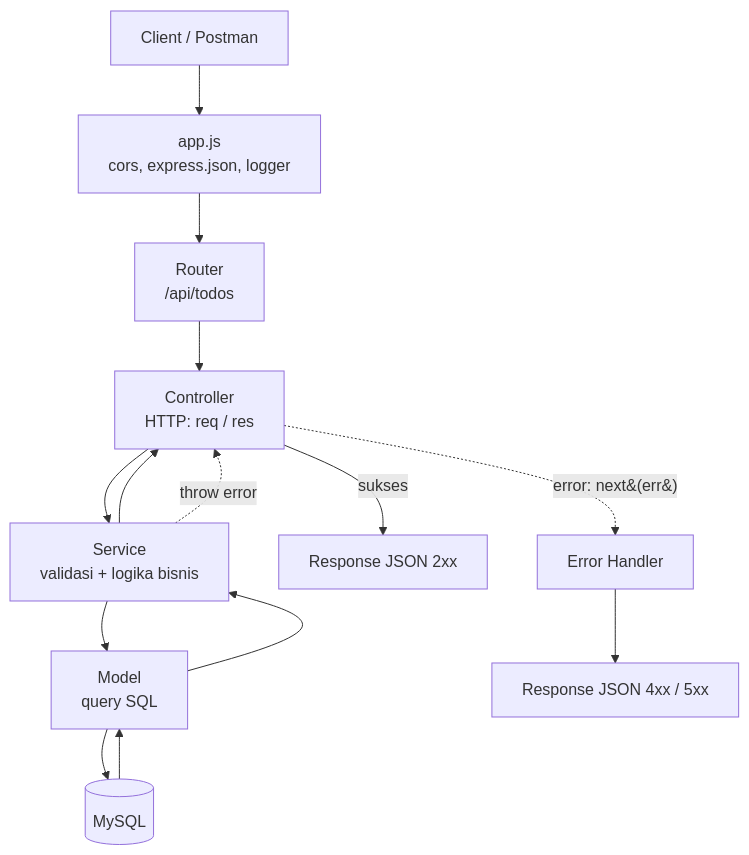
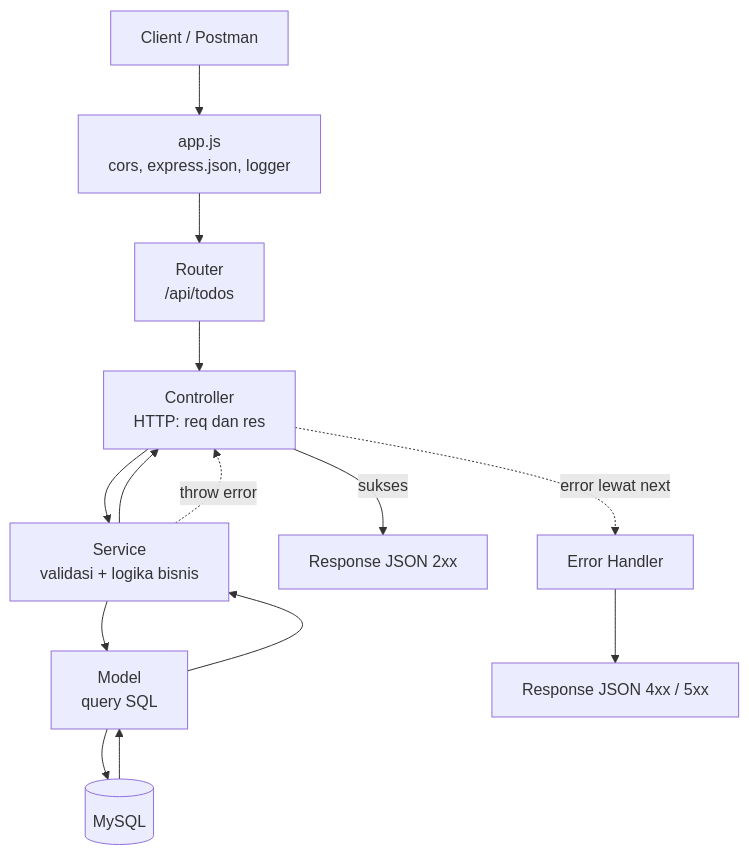
Before and after one commit to Lentodu/todolist-express-be: the first of 2 diagrams in README.md, drawn with Mermaid.

````diff
--- a/README.md
+++ b/README.md
@@ -69,16 +69,16 @@
 ```mermaid
 flowchart TD
-    C[Client / Postman] --> A[app.js<br/>cors, express.json, logger]
-    A --> R[Router<br/>/api/todos]
-    R --> CT[Controller<br/>HTTP: req / res]
-    CT --> S[Service<br/>validasi + logika bisnis]
-    S --> M[Model<br/>query SQL]
-    M --> DB[(MySQL)]
+    C[Client / Postman] --> A["app.js<br/>cors, express.json, logger"]
+    A --> R["Router<br/>/api/todos"]
+    R --> CT["Controller<br/>HTTP: req dan res"]
+    CT --> S["Service<br/>validasi + logika bisnis"]
+    S --> M["Model<br/>query SQL"]
+    M --> DB[("MySQL")]
     DB --> M
     M --> S
     S --> CT
-    CT -->|sukses| RES[Response JSON 2xx]
-    CT -.->|error: next&#40;err&#41;| EH[Error Handler]
+    CT -->|sukses| RES["Response JSON 2xx"]
     S -.->|throw error| CT
-    EH --> ERR[Response JSON 4xx / 5xx]
+    CT -.->|error lewat next| EH["Error Handler"]
+    EH --> ERR["Response JSON 4xx / 5xx"]
 ```
````
